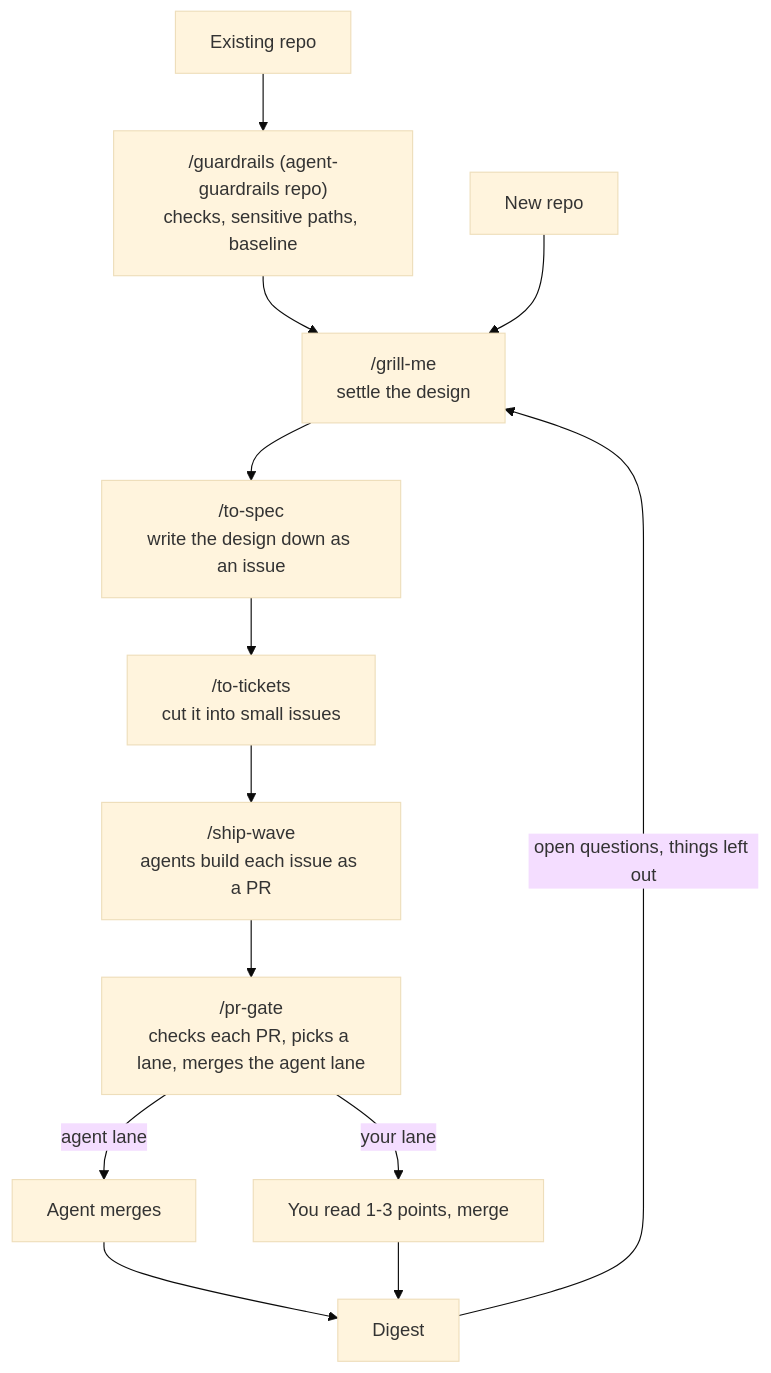
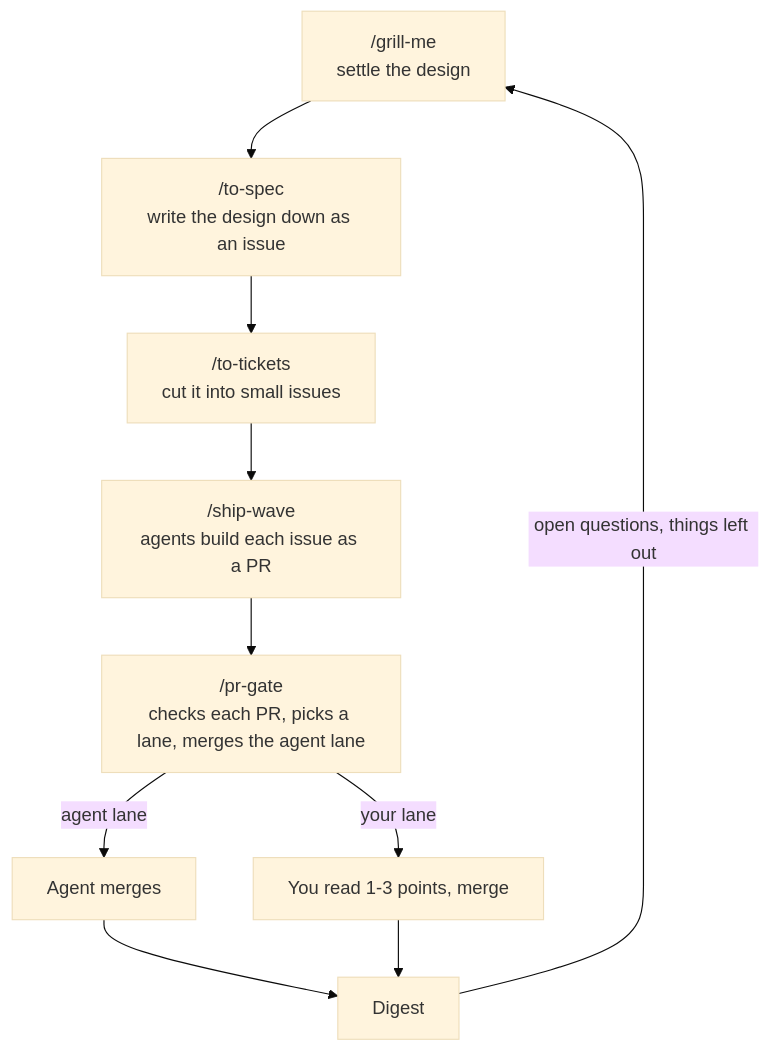
One commit to freshmick/agent-skills changed the diagram in README.md. Above: the diagram before and after it, drawn with Mermaid (base theme). The commit also changed other lines of this file and 4 other files, not shown here.

First line of the commit message:
Drop the guardrails dependency; risk-paths becomes its own skill (#25)

````diff
--- a/README.md
+++ b/README.md
@@ -28,15 +26,12 @@
 ```mermaid
 flowchart TD
-    X[Existing repo] --> G0["/guardrails (agent-guardrails repo)<br/>checks, sensitive paths, baseline"]
-    G0 --> A
-    N[New repo] --> A["/grill-me<br/>settle the design"]
-    A --> S["/to-spec<br/>write the design down as an issue"]
+    A["/grill-me<br/>settle the design"] --> S["/to-spec<br/>write the design down as an issue"]
     S --> B["/to-tickets<br/>cut it into small issues"]
     B --> C["/ship-wave<br/>agents build each issue as a PR"]
     C --> D["/pr-gate<br/>checks each PR, picks a lane, merges the agent lane"]
     D -->|agent lane| E[Agent merges]
     D -->|your lane| F[You read 1-3 points, merge]
     E --> G[Digest]
     F --> G
     G -->|open questions, things left out| A
 ```
````
